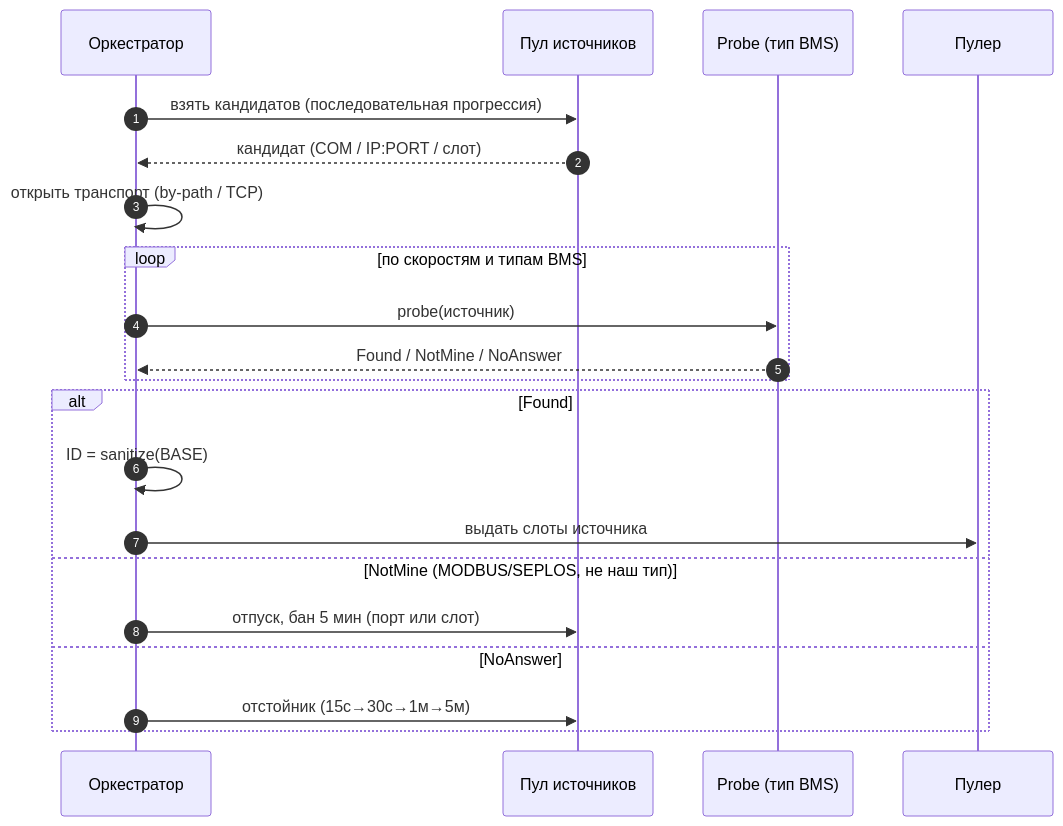
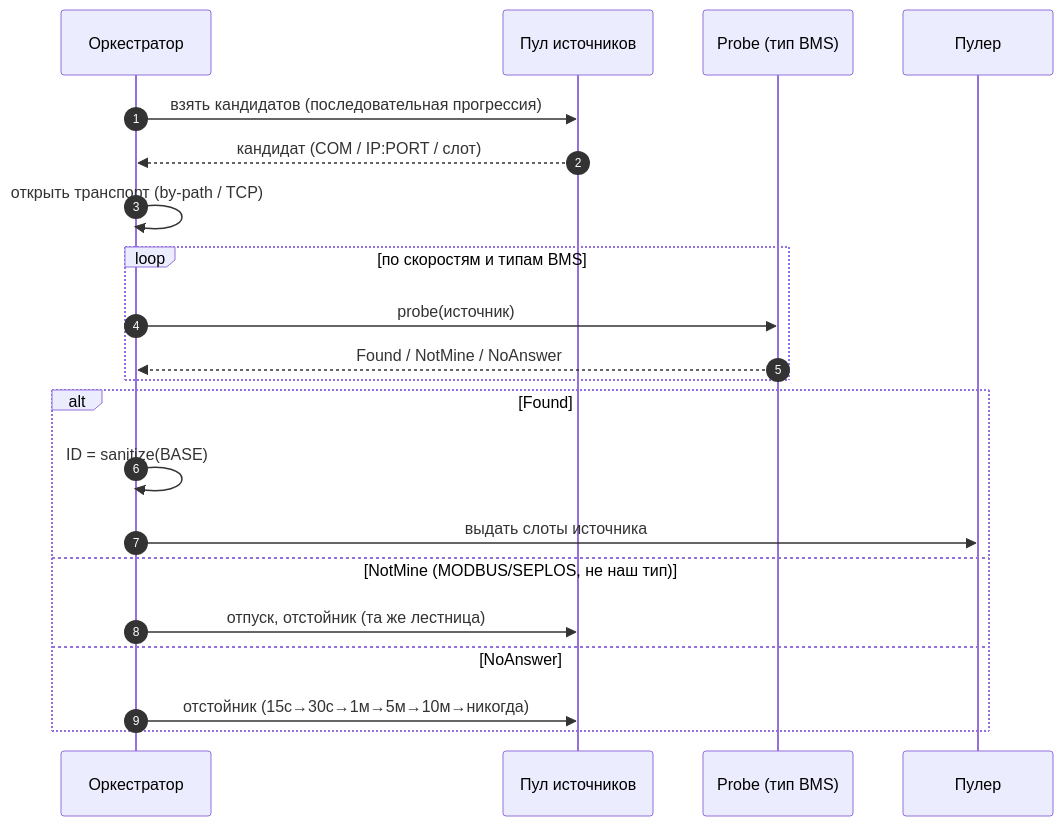
The third of 11 diagrams in docs/bms-reader-arch.md (galiy/malina-26), drawn with Mermaid before and after one commit. The commit also changed other lines of this file and 42 other files, not shown here.

````diff
--- a/docs/bms-reader-arch.md
+++ b/docs/bms-reader-arch.md
@@ -214,24 +215,24 @@
 ```mermaid
 sequenceDiagram
   autonumber
   participant O as Оркестратор
   participant P as Пул источников
   participant PR as Probe (тип BMS)
   participant PL as Пулер
 
   O->>P: взять кандидатов (последовательная прогрессия)
   P-->>O: кандидат (COM / IP:PORT / слот)
   O->>O: открыть транспорт (by-path / TCP)
   loop по скоростям и типам BMS
     O->>PR: probe(источник)
     PR-->>O: Found / NotMine / NoAnswer
   end
   alt Found
     O->>O: ID = sanitize(BASE)
     O->>PL: выдать слоты источника
   else NotMine (MODBUS/SEPLOS, не наш тип)
-    O->>P: отпуск, бан 5 мин (порт или слот)
+    O->>P: отпуск, отстойник (та же лестница)
   else NoAnswer
-    O->>P: отстойник (15с→30с→1м→5м)
+    O->>P: отстойник (15с→30с→1м→5м→10м→никогда)
   end
 ```
````
